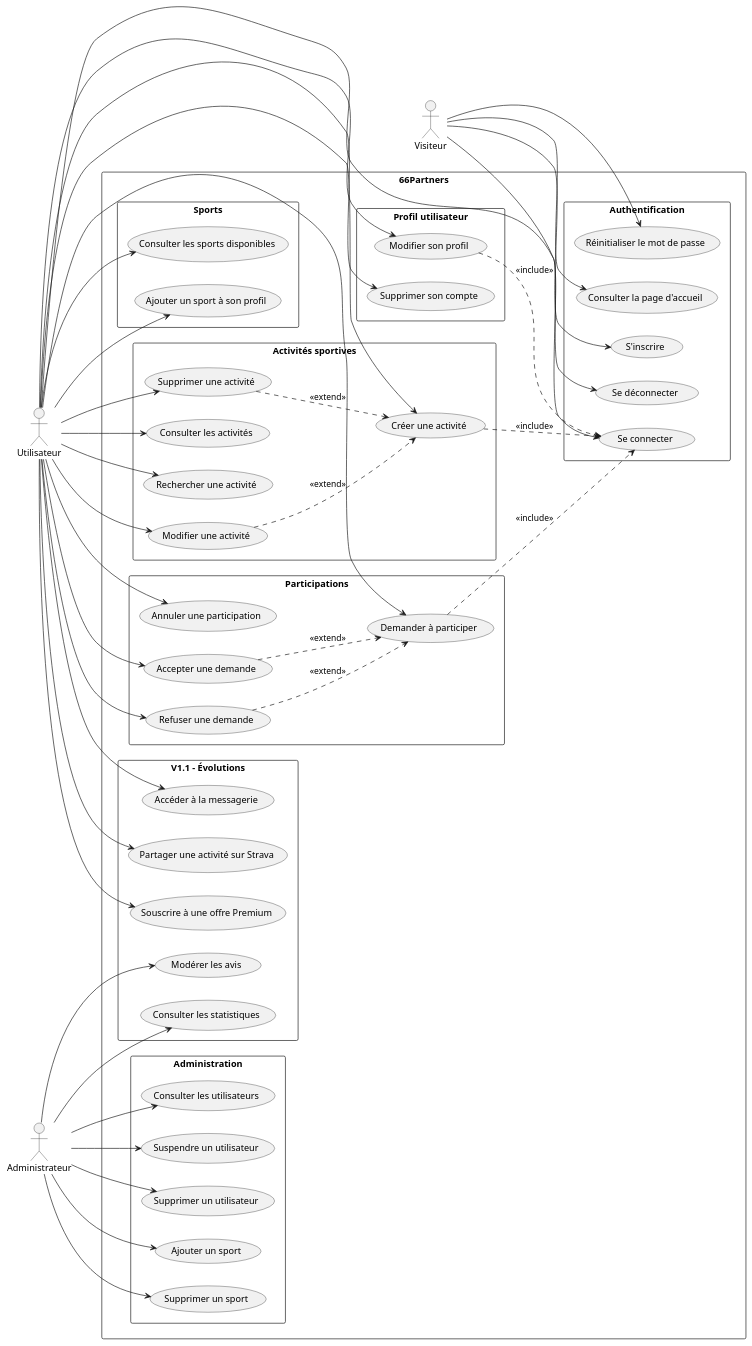
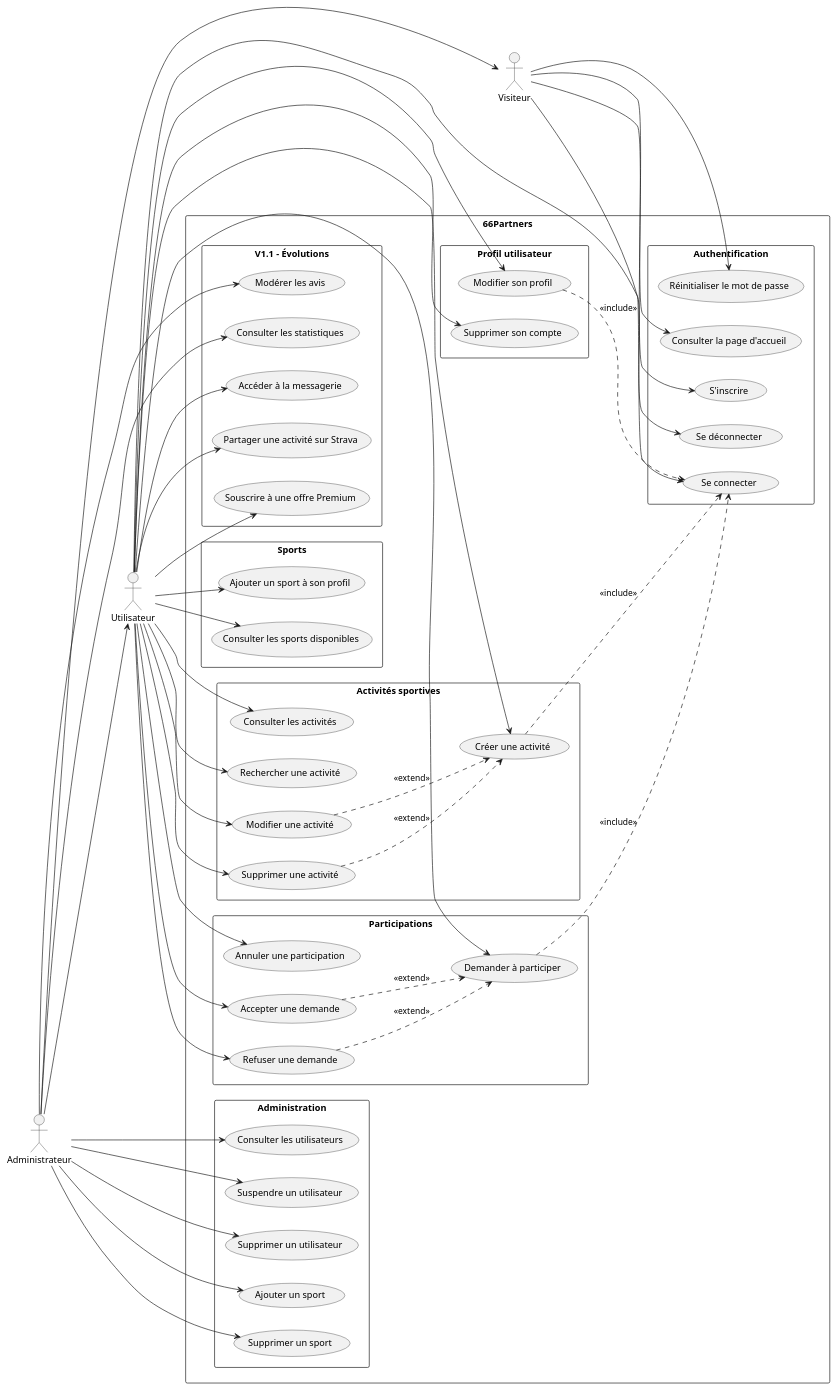
Before and after one commit to ElodieOrozcoTaveira/66Partners: the diagram in Conception/UML/Diagrammes/UseCase/UseCase.md, drawn with PlantUML. The commit also changed 3 other files, not shown here.

```diff
--- a/Conception/UML/Diagrammes/UseCase/UseCase.md
+++ b/Conception/UML/Diagrammes/UseCase/UseCase.md
@@ -78,6 +78,8 @@
 User --> UC_AcceptParticipation
 User --> UC_RefuseParticipation
 
+Admin --> Visitor
+Admin --> User 
 Admin --> UC_ViewUsers
 Admin --> UC_SuspendUser
 Admin --> UC_AdminDeleteUser
```
